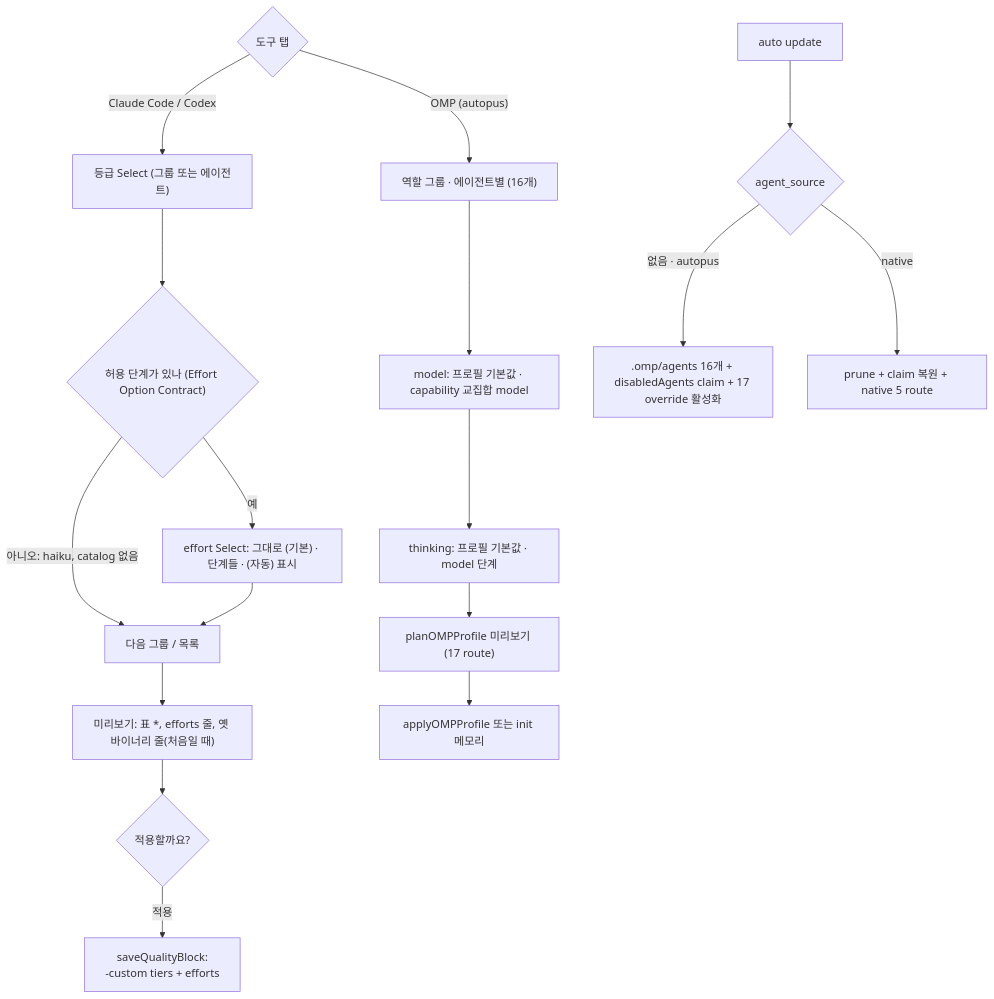
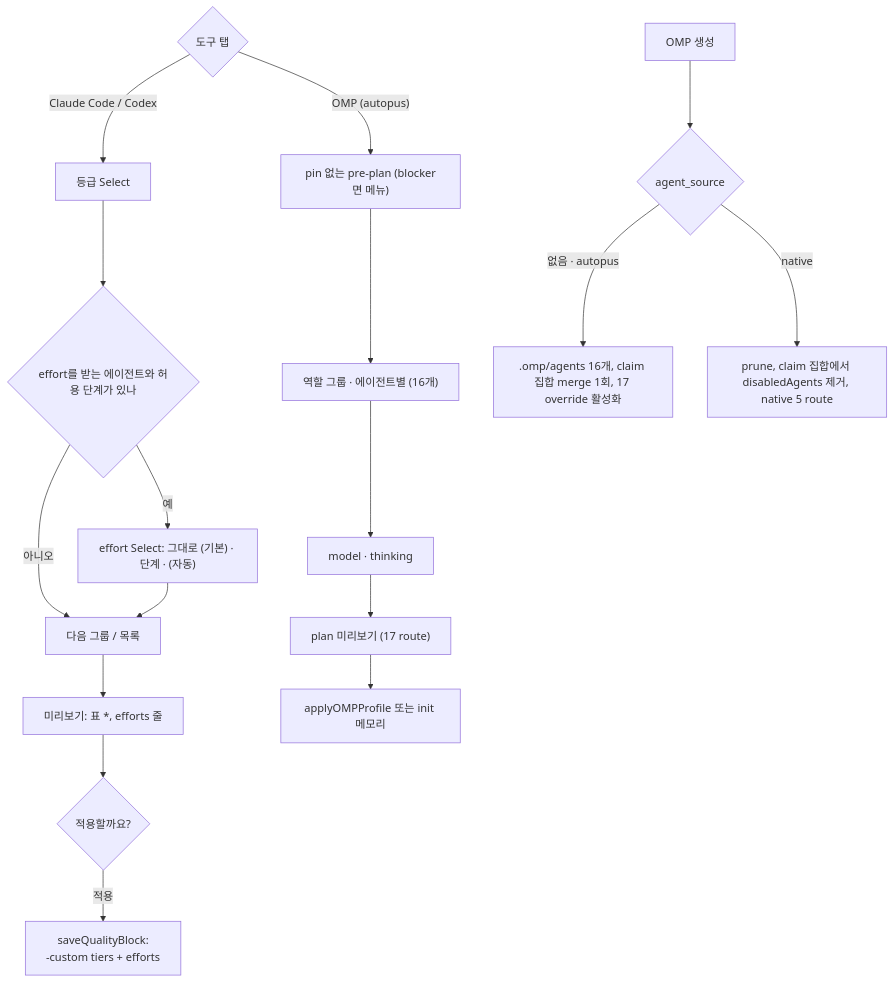
One commit to autopus-ai/autopus-adk changed the diagram in .autopus/specs/SPEC-MODELUX-003/plan.md. Above: the diagram before and after it, drawn with Mermaid. The commit also changed other lines of this file and 4 other files, not shown here.

````diff
--- a/.autopus/specs/SPEC-MODELUX-003/plan.md
+++ b/.autopus/specs/SPEC-MODELUX-003/plan.md
@@ -32,15 +33,14 @@
 ```mermaid
 flowchart TD
-  TAB{"도구 탭"} -->|"Claude Code / Codex"| TIER["등급 Select (그룹 또는 에이전트)"]
-  TIER --> EOK{"허용 단계가 있나 (Effort Option Contract)"}
-  EOK -->|"아니오: haiku, catalog 없음"| NEXT["다음 그룹 / 목록"]
-  EOK -->|"예"| EFF["effort Select: 그대로 (기본) · 단계들 · (자동) 표시"]
-  EFF --> NEXT --> PV["미리보기: 표 *, efforts 줄, 옛 바이너리 줄(처음일 때)"]
-  PV --> OK{"적용할까요?"} -->|"적용"| W["saveQualityBlock: <p>-custom tiers + efforts"]
-  TAB -->|"OMP (autopus)"| OG["역할 그룹 · 에이전트별 (16개)"]
-  OG --> OM["model: 프로필 기본값 · capability 교집합 model"] --> OT["thinking: 프로필 기본값 · model 단계"]
-  OT --> OP["planOMPProfile 미리보기 (17 route)"] --> OA["applyOMPProfile 또는 init 메모리"]
-  UPD["auto update"] --> SRC{"agent_source"}
-  SRC -->|"없음 · autopus"| GEN[".omp/agents 16개 + disabledAgents claim + 17 override 활성화"]
-  SRC -->|"native"| NAT["prune + claim 복원 + native 5 route"]
+  TAB{"도구 탭"} -->|"Claude Code / Codex"| TIER["등급 Select"]
+  TIER --> EOK{"effort를 받는 에이전트와 허용 단계가 있나"}
+  EOK -->|"아니오"| NEXT["다음 그룹 / 목록"]
+  EOK -->|"예"| EFF["effort Select: 그대로 (기본) · 단계 · (자동)"]
+  EFF --> NEXT --> PV["미리보기: 표 *, efforts 줄"] --> OK{"적용할까요?"}
+  OK -->|"적용"| W["saveQualityBlock: <p>-custom tiers + efforts"]
+  TAB -->|"OMP (autopus)"| PRE["pin 없는 pre-plan (blocker면 메뉴)"]
+  PRE --> OG["역할 그룹 · 에이전트별 (16개)"] --> OM["model · thinking"] --> OP["plan 미리보기 (17 route)"] --> OA["applyOMPProfile 또는 init 메모리"]
+  UPD["OMP 생성"] --> SRC{"agent_source"}
+  SRC -->|"없음 · autopus"| GEN[".omp/agents 16개, claim 집합 merge 1회, 17 override 활성화"]
+  SRC -->|"native"| NAT["prune, claim 집합에서 disabledAgents 제거, native 5 route"]
 ```
````
